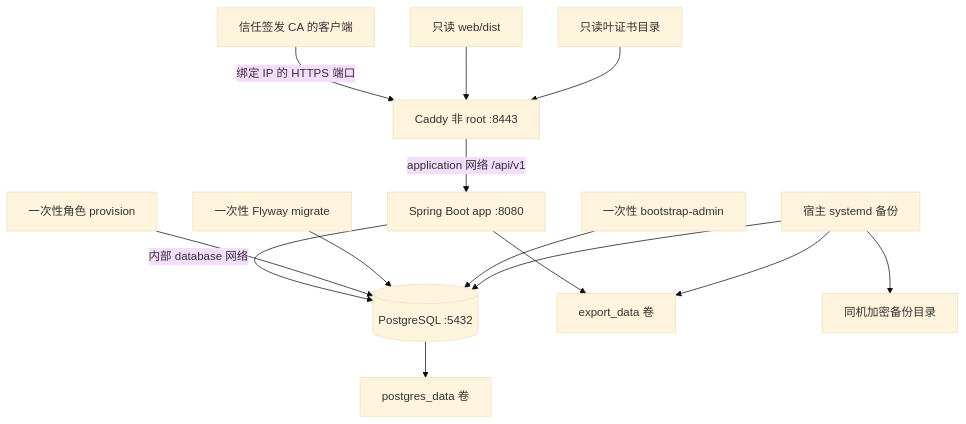
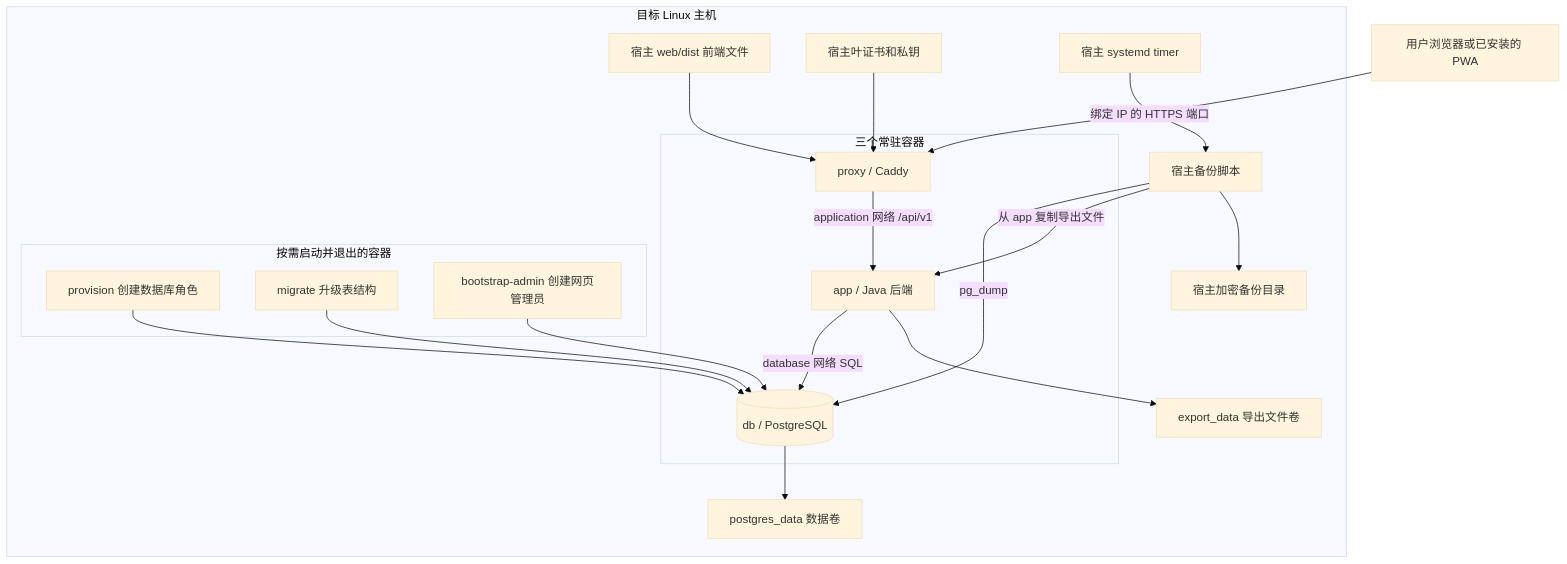
One commit to fulin-peng-ydxs/ai-my-bill changed the diagram in agent-works/personal-bill-pwa/deployment/architecture.md. Above: the diagram before and after it, drawn with Mermaid (base theme). The commit also changed other lines of this file and 15 other files, not shown here.

````diff
--- a/agent-works/personal-bill-pwa/deployment/architecture.md
+++ b/agent-works/personal-bill-pwa/deployment/architecture.md
@@ -7,16 +23,30 @@
 ```mermaid
 flowchart TB
-  Client[信任签发 CA 的客户端] -->|绑定 IP 的 HTTPS 端口| Proxy[Caddy 非 root :8443]
-  Dist[只读 web/dist] --> Proxy
-  TLS[只读叶证书目录] --> Proxy
-  Proxy -->|application 网络 /api/v1| App[Spring Boot app :8080]
-  App -->|内部 database 网络| DB[(PostgreSQL :5432)]
-  App --> Export[export_data 卷]
-  DB --> Data[postgres_data 卷]
-  Provision[一次性角色 provision] --> DB
-  Migrate[一次性 Flyway migrate] --> DB
-  Bootstrap[一次性 bootstrap-admin] --> DB
-  Timer[宿主 systemd 备份] --> DB
-  Timer --> Export
-  Timer --> Backup[同机加密备份目录]
+  Client[用户浏览器或已安装的 PWA]
+  subgraph Host[目标 Linux 主机]
+    subgraph Runtime[三个常驻容器]
+      Proxy[proxy / Caddy]
+      App[app / Java 后端]
+      DB[(db / PostgreSQL)]
+    end
+    Dist[宿主 web/dist 前端文件] --> Proxy
+    Leaf[宿主叶证书和私钥] --> Proxy
+    Proxy -->|application 网络 /api/v1| App
+    App -->|database 网络 SQL| DB
+    DB --> PGVolume[postgres_data 数据卷]
+    App --> ExportVolume[export_data 导出文件卷]
+    subgraph Setup[按需启动并退出的容器]
+      Provision[provision 创建数据库角色]
+      Migrate[migrate 升级表结构]
+      Bootstrap[bootstrap-admin 创建网页管理员]
+    end
+    Provision --> DB
+    Migrate --> DB
+    Bootstrap --> DB
+    Timer[宿主 systemd timer] --> Backup[宿主备份脚本]
+    Backup -->|pg_dump| DB
+    Backup -->|从 app 复制导出文件| App
+    Backup --> Archive[宿主加密备份目录]
+  end
+  Client -->|绑定 IP 的 HTTPS 端口| Proxy
 ```
````
